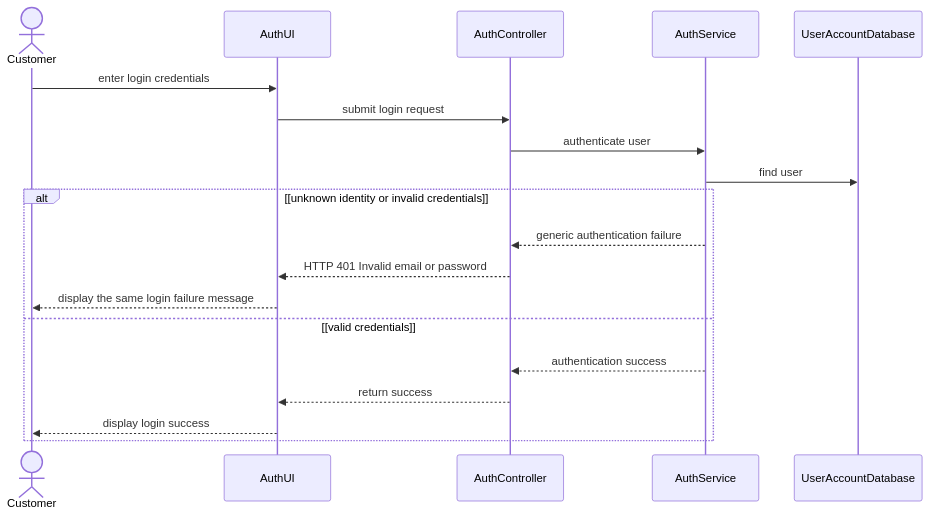
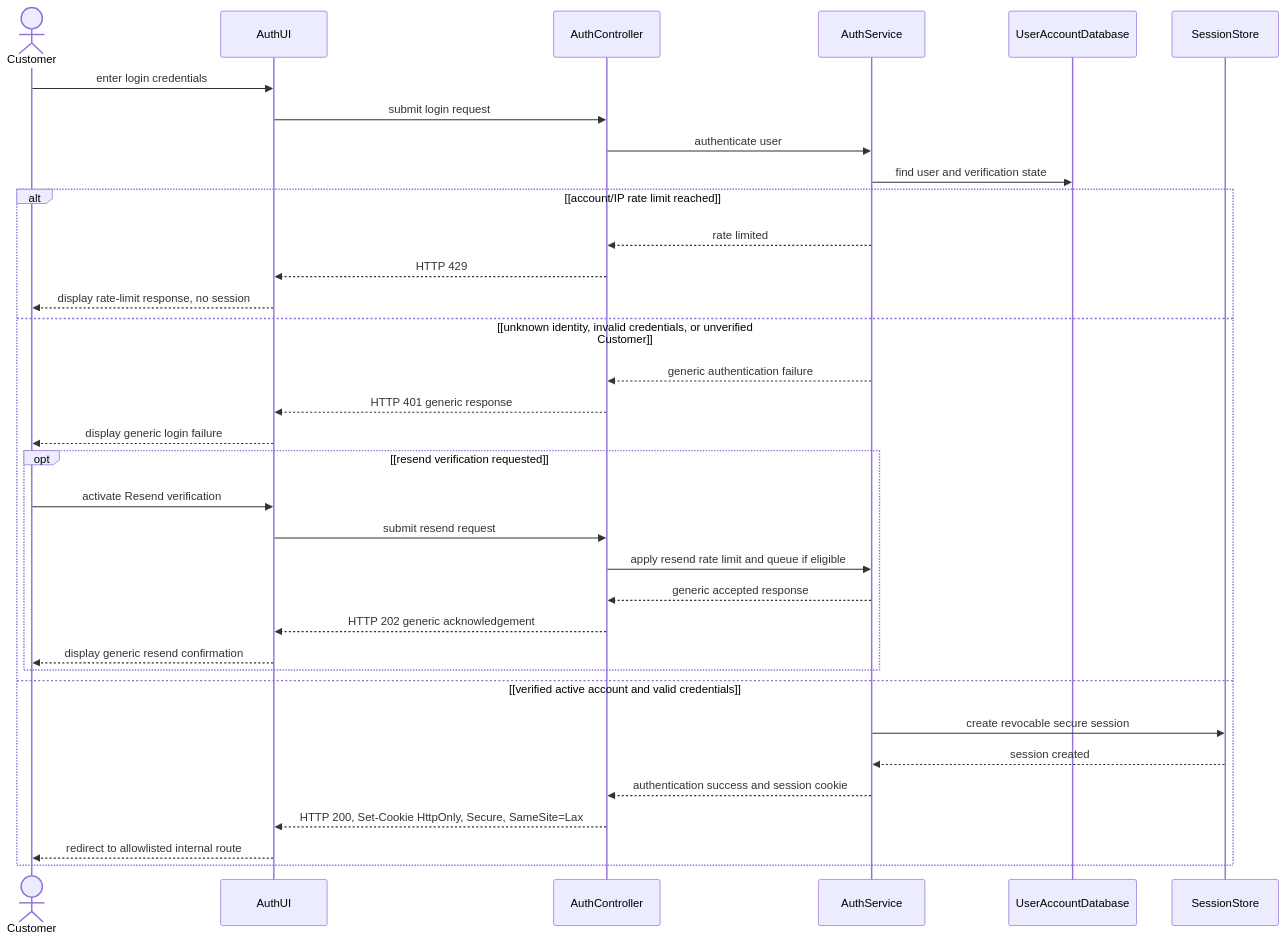
One commit to ankhanhwork/weavelink-project changed the third of 18 diagrams in docs/spec/docs/architecture/sequence.md. Above: the diagram before and after it, drawn with Mermaid. The commit also changed other lines of this file and 235 other files, not shown here.

````diff
--- a/docs/spec/docs/architecture/sequence.md
+++ b/docs/spec/docs/architecture/sequence.md
@@ -49,22 +49,37 @@
 ```mermaid
 sequenceDiagram
     actor Customer
     participant AuthUI
     participant AuthController
     participant AuthService
     participant UserAccountDatabase
+    participant SessionStore
 
     Customer->>AuthUI: enter login credentials
     AuthUI->>AuthController: submit login request
     AuthController->>AuthService: authenticate user
-    AuthService->>UserAccountDatabase: find user
-    alt [unknown identity or invalid credentials]
+    AuthService->>UserAccountDatabase: find user and verification state
+    alt [account/IP rate limit reached]
+        AuthService-->>AuthController: rate limited
+        AuthController-->>AuthUI: HTTP 429
+        AuthUI-->>Customer: display rate-limit response, no session
+    else [unknown identity, invalid credentials, or unverified Customer]
         AuthService-->>AuthController: generic authentication failure
-        AuthController-->>AuthUI: HTTP 401 Invalid email or password
-        AuthUI-->>Customer: display the same login failure message
-    else [valid credentials]
-        AuthService-->>AuthController: authentication success
-        AuthController-->>AuthUI: return success
-        AuthUI-->>Customer: display login success
+        AuthController-->>AuthUI: HTTP 401 generic response
+        AuthUI-->>Customer: display generic login failure
+        opt [resend verification requested]
+            Customer->>AuthUI: activate Resend verification
+            AuthUI->>AuthController: submit resend request
+            AuthController->>AuthService: apply resend rate limit and queue if eligible
+            AuthService-->>AuthController: generic accepted response
+            AuthController-->>AuthUI: HTTP 202 generic acknowledgement
+            AuthUI-->>Customer: display generic resend confirmation
+        end
+    else [verified active account and valid credentials]
+        AuthService->>SessionStore: create revocable secure session
+        SessionStore-->>AuthService: session created
+        AuthService-->>AuthController: authentication success and session cookie
+        AuthController-->>AuthUI: HTTP 200, Set-Cookie HttpOnly, Secure, SameSite=Lax
+        AuthUI-->>Customer: redirect to allowlisted internal route
     end
 ```
````
